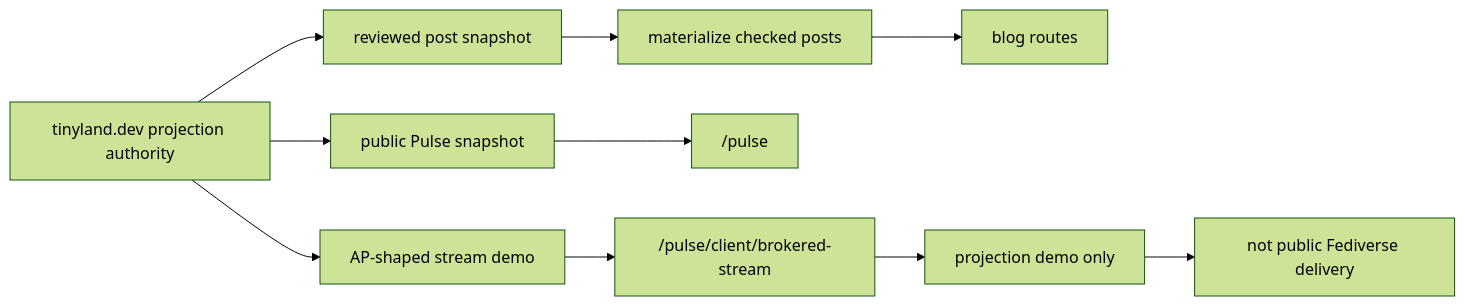
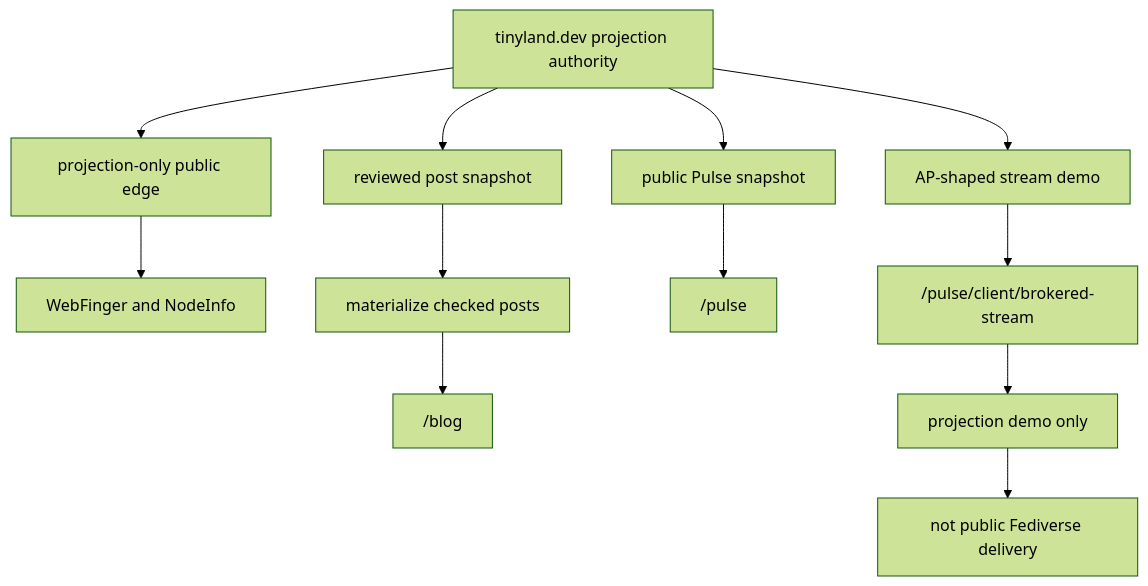
The third of 5 diagrams in README.md (Jesssullivan/jesssullivan.github.io), drawn with Mermaid (forest theme) before and after one commit. The commit also changed other lines of this file and 1 other file, not shown here.

````diff
--- a/README.md
+++ b/README.md
@@ -57,15 +93,17 @@
 ```mermaid
-flowchart LR
+flowchart TB
     Tinyland["tinyland.dev projection authority"] --> PostSnapshot["reviewed post snapshot"]
     Tinyland --> PulseSnapshot["public Pulse snapshot"]
     Tinyland --> StreamDemo["AP-shaped stream demo"]
+    Tinyland --> Edge["projection-only public edge"]
+    Edge --> WebFinger["WebFinger and NodeInfo"]
 
     PostSnapshot --> IngestPosts["materialize checked posts"]
-    IngestPosts --> Blog["blog routes"]
+    IngestPosts --> Blog["/blog"]
 
     PulseSnapshot --> PulseRoute["/pulse"]
     StreamDemo --> HiddenLab["/pulse/client/brokered-stream"]
 
     HiddenLab --> Boundary["projection demo only"]
     Boundary --> NotFederation["not public Fediverse delivery"]
 ```
````
